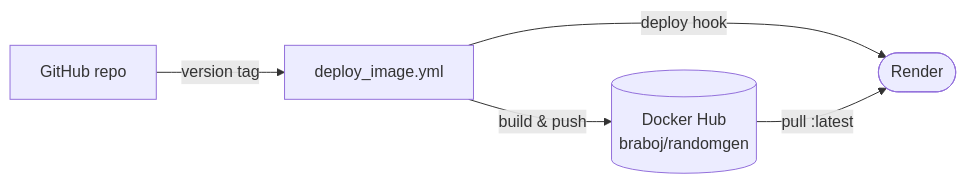
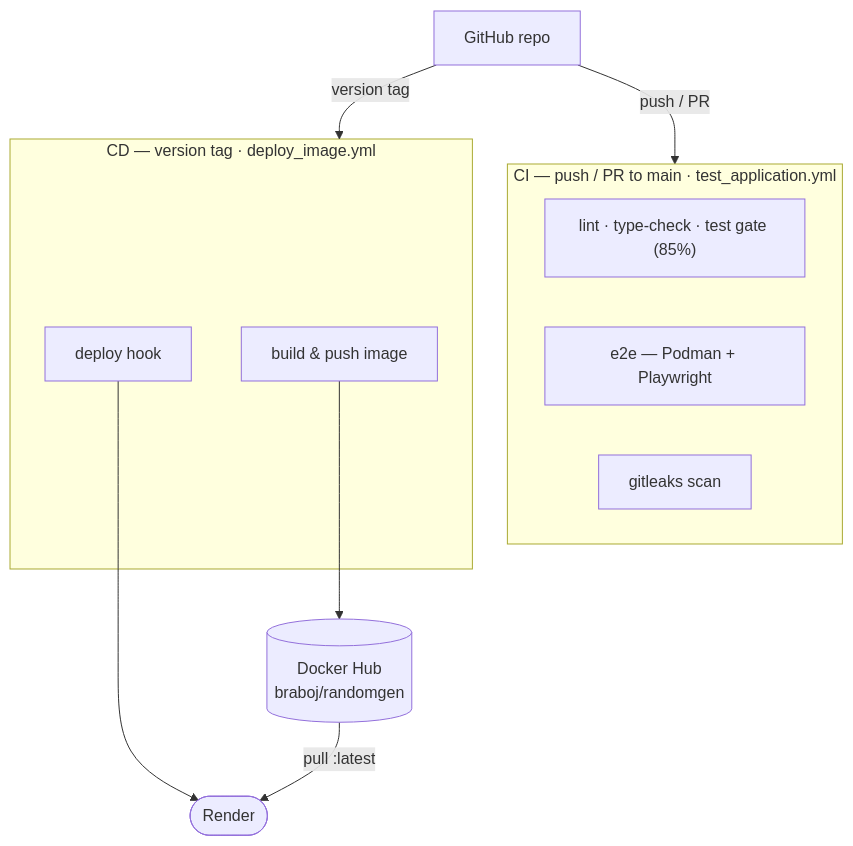
The second of 2 diagrams in docs/arc42/07-deployment-view.md (braboj/demo-randomgen), drawn with Mermaid before and after one commit. The commit also changed other lines of this file, not shown here.

````diff
--- a/docs/arc42/07-deployment-view.md
+++ b/docs/arc42/07-deployment-view.md
@@ -32,12 +54,24 @@
 ```mermaid
-flowchart LR
+flowchart TB
     repo["GitHub repo"]
-    ci["deploy_image.yml"]
+
+    subgraph ci["CI — push / PR to main · test_application.yml"]
+        gate["lint · type-check · test gate (85%)"]
+        e2e["e2e — Podman + Playwright"]
+        scan["gitleaks scan"]
+    end
+
+    subgraph cd["CD — version tag · deploy_image.yml"]
+        build["build & push image"]
+        hook["deploy hook"]
+    end
+
     hub[("Docker Hub<br/>braboj/randomgen")]
     render(["Render"])
 
-    repo -->|version tag| ci
-    ci -->|build & push| hub
-    ci -->|deploy hook| render
+    repo -->|push / PR| ci
+    repo -->|version tag| cd
+    build --> hub
+    hook --> render
     hub -->|pull :latest| render
 ```
````
